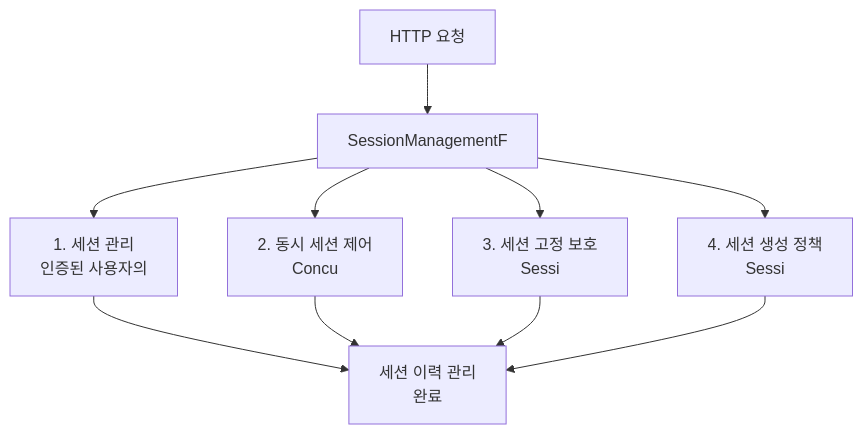
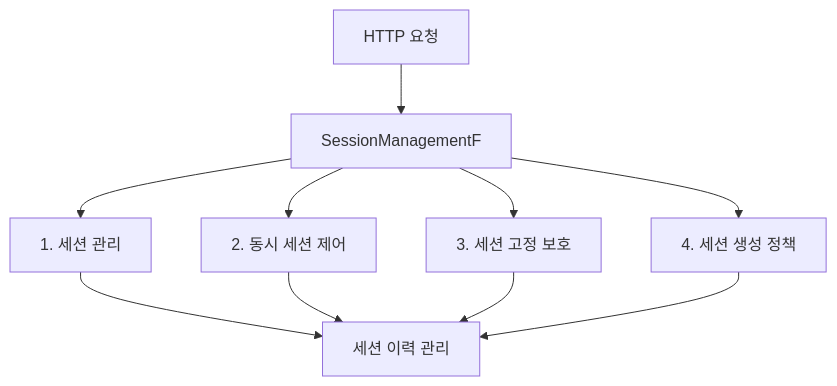
Before and after one commit to yjkim2015/yjkim2015.github.io: the first of 4 diagrams in _posts/security/2021-02-18-세션 제어 필터.md, drawn with Mermaid. The commit also changed other lines of this file and 217 other files, not shown here.

First line of the commit message:
Mermaid 크기 수정: useMaxWidth:true + SVG max-width:100% + 라벨 축소

````diff
--- a/_posts/security/2021-02-18-세션 제어 필터.md
+++ b/_posts/security/2021-02-18-세션 제어 필터.md
@@ -20,12 +20,12 @@
 ```mermaid
 flowchart TD
     A["HTTP 요청"] --> B["SessionManagementF"]
-    B --> C["1. 세션 관리\n인증된 사용자의"]
-    B --> D["2. 동시 세션 제어\nConcu"]
-    B --> E["3. 세션 고정 보호\nSessi"]
-    B --> F["4. 세션 생성 정책\nSessi"]
-    C --> G["세션 이력 관리\n완료"]
+    B --> C["1. 세션 관리"]
+    B --> D["2. 동시 세션 제어"]
+    B --> E["3. 세션 고정 보호"]
+    B --> F["4. 세션 생성 정책"]
+    C --> G["세션 이력 관리"]
     D --> G
     E --> G
     F --> G
 ```
````
